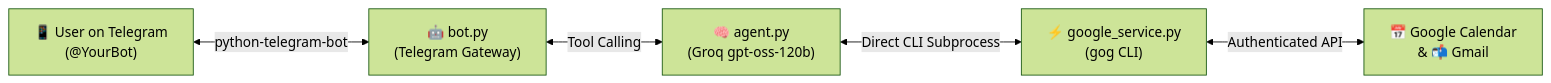
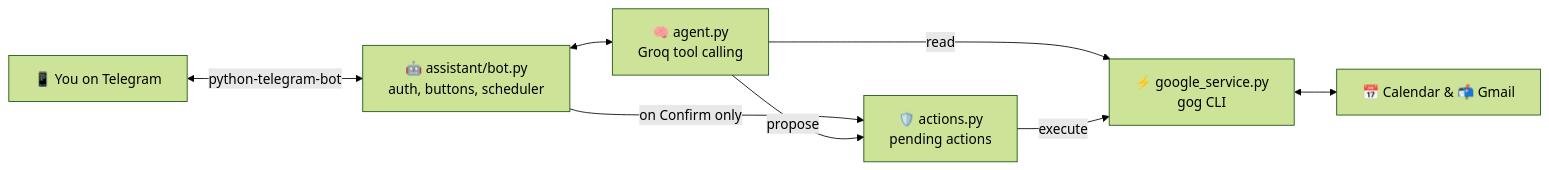
Before and after one commit to AbdulRahmaan03/gmail-calendar-assistant-bot: the diagram in README.md, drawn with Mermaid (forest theme). The commit also changed other lines of this file and 32 other files, not shown here.

````diff
--- a/README.md
+++ b/README.md
@@ -37,7 +37,10 @@
 ```mermaid
 flowchart LR
-    User["📱 User on Telegram<br/>(@YourBot)"] <-->|python-telegram-bot| Bot["🤖 bot.py<br/>(Telegram Gateway)"]
-    Bot <-->|Tool Calling| Agent["🧠 agent.py<br/>(Groq gpt-oss-120b)"]
-    Agent <-->|Direct CLI Subprocess| Google["⚡ google_service.py<br/>(gog CLI)"]
-    Google <-->|Authenticated API| GSuite["📅 Google Calendar<br/>& 📬 Gmail"]
+    User["📱 You on Telegram"] <-->|python-telegram-bot| Bot["🤖 assistant/bot.py<br/>auth, buttons, scheduler"]
+    Bot <--> Agent["🧠 agent.py<br/>Groq tool calling"]
+    Bot -->|on Confirm only| Actions["🛡️ actions.py<br/>pending actions"]
+    Agent -->|propose| Actions
+    Agent -->|read| Google["⚡ google_service.py<br/>gog CLI"]
+    Actions -->|execute| Google
+    Google <--> GSuite["📅 Calendar & 📬 Gmail"]
 ```
````
